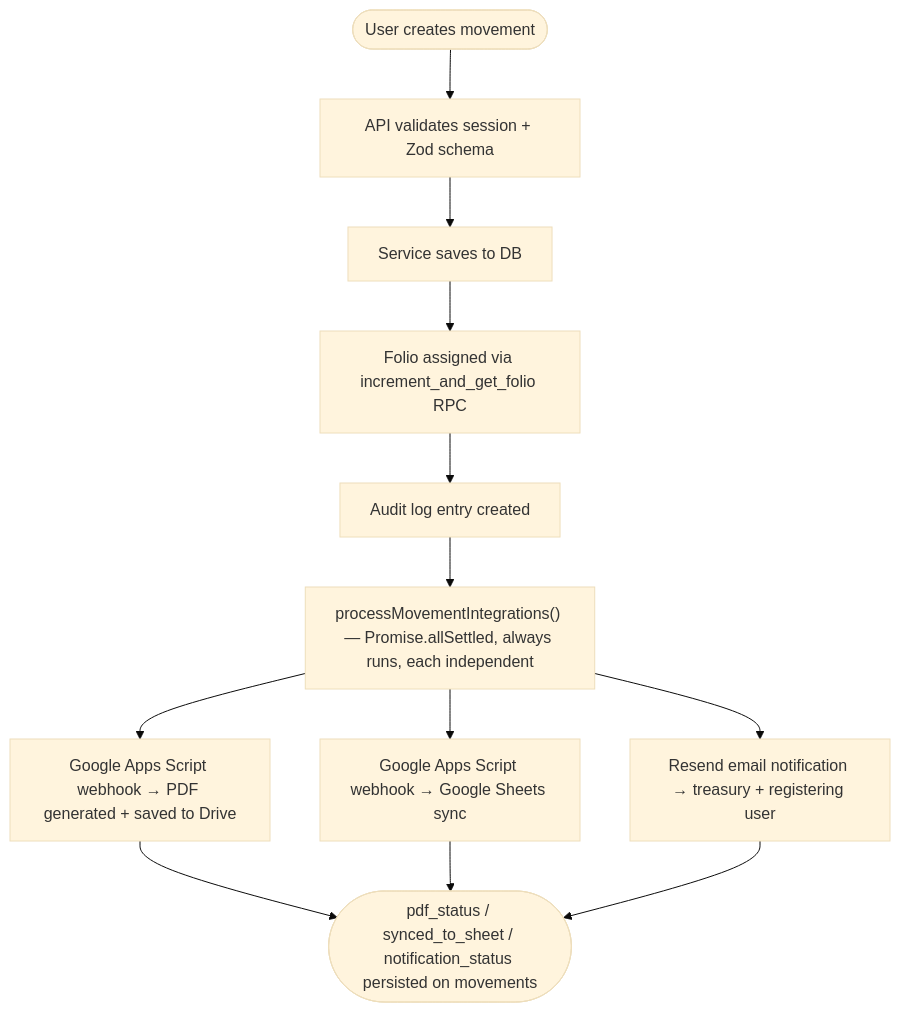
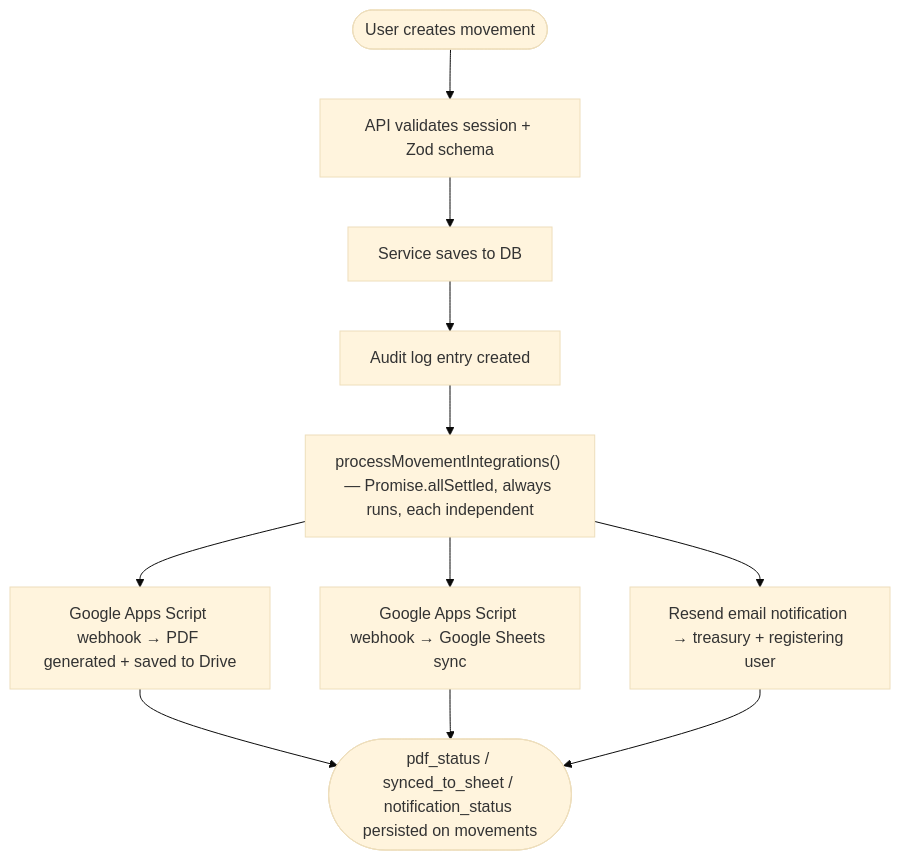
Before and after one commit to Torfel0312/sistema_contable_pibt: the fifth of 11 diagrams in docs/flows.md, drawn with Mermaid (base theme). The commit also changed other lines of this file and 30 other files, not shown here.

First line of the commit message:
Remove folio system (DB, RPC, services, UI, emails) (#66)

````diff
--- a/docs/flows.md
+++ b/docs/flows.md
@@ -140,14 +140,13 @@
 ```mermaid
 flowchart TD
     A([User creates movement]) --> B[API validates session + Zod schema]
     B --> C[Service saves to DB]
-    C --> D[Folio assigned via increment_and_get_folio RPC]
-    D --> E[Audit log entry created]
+    C --> E[Audit log entry created]
     E --> F["processMovementIntegrations() — Promise.allSettled, always runs, each independent"]
     F --> G[Google Apps Script webhook → PDF generated + saved to Drive]
     F --> I[Google Apps Script webhook → Google Sheets sync]
     F --> J[Resend email notification → treasury + registering user]
     G --> K([pdf_status / synced_to_sheet / notification_status persisted on movements])
     I --> K
     J --> K
 ```
````
